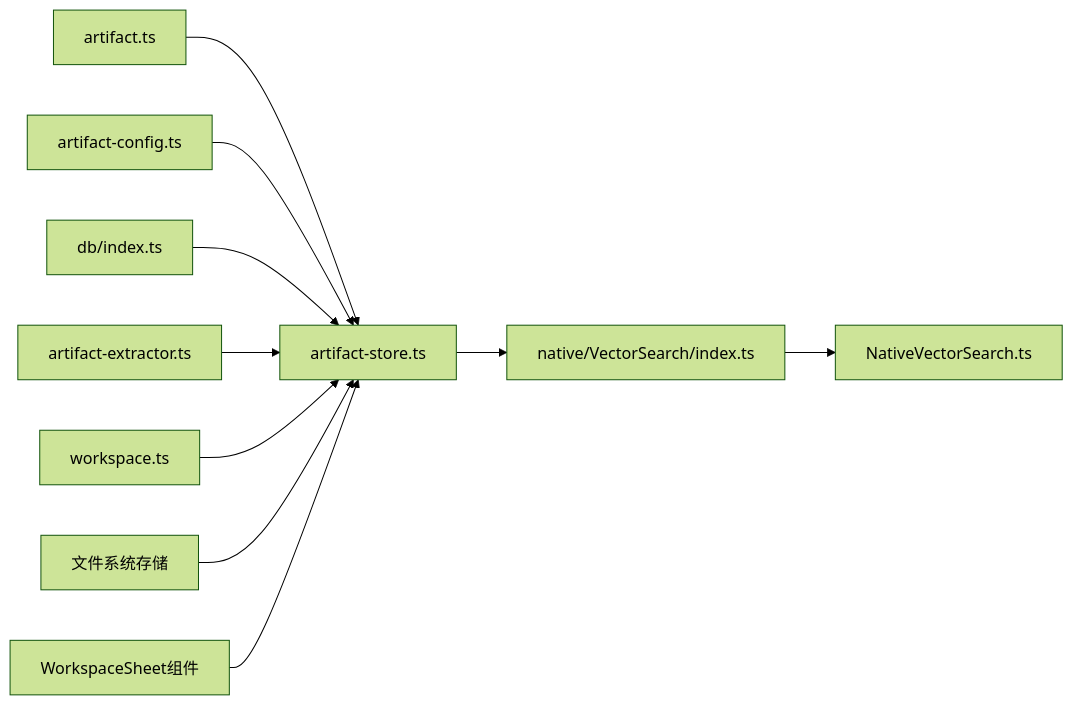
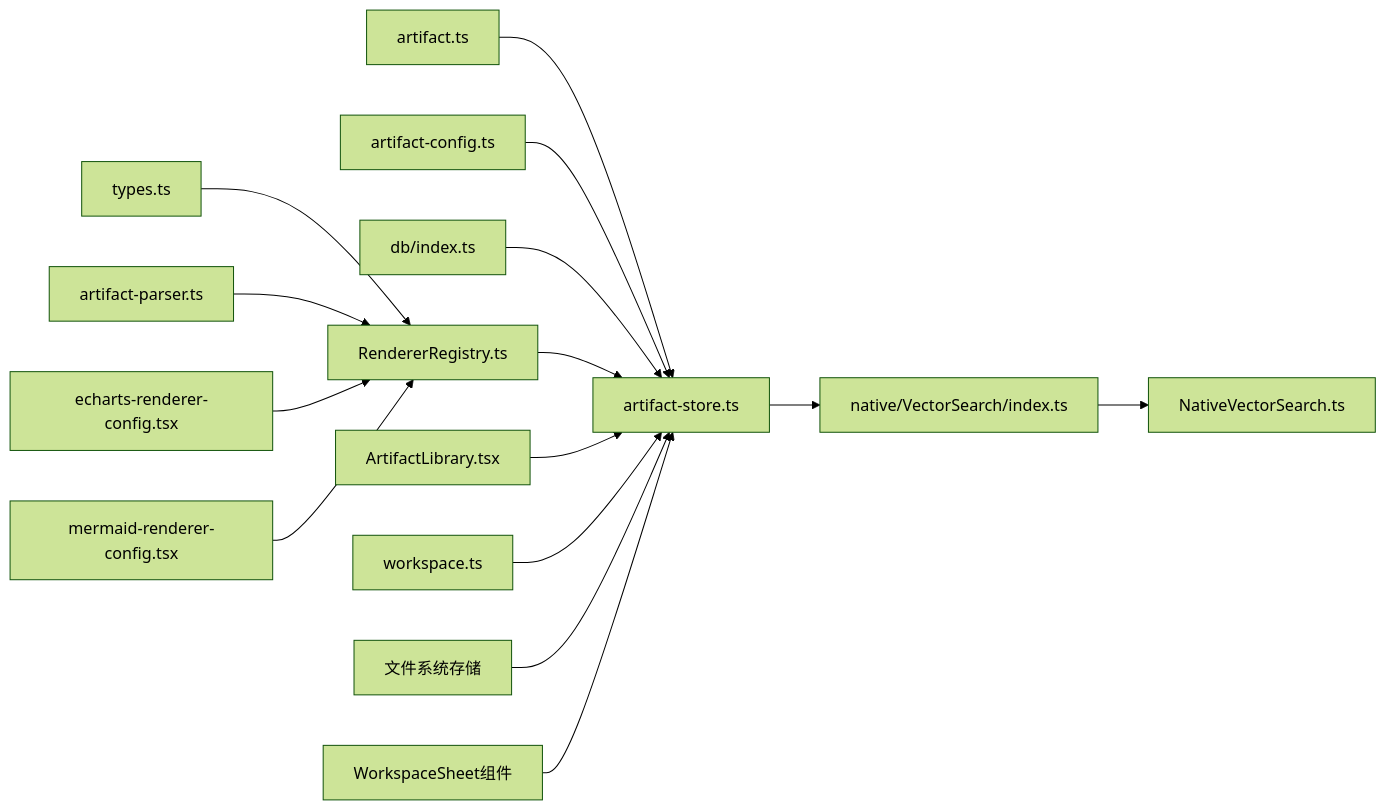
Diagram 12 of 12 in .qoder/repowiki/zh/content/状态管理/工件状态管理.md (NarcisWL/Nexara), drawn with Mermaid (forest theme) before and after one commit. The commit also changed other lines of this file and 4 other files, not shown here.

````diff
--- a/.qoder/repowiki/zh/content/状态管理/工件状态管理.md
+++ b/.qoder/repowiki/zh/content/状态管理/工件状态管理.md
@@ -336,12 +465,17 @@
 ```mermaid
 graph LR
 Types["artifact.ts"] --> Store["artifact-store.ts"]
 Config["artifact-config.ts"] --> Store
 DB["db/index.ts"] --> Store
-Extractor["artifact-extractor.ts"] --> Store
+RendererRegistry["RendererRegistry.ts"] --> Store
+RendererTypes["types.ts"] --> RendererRegistry
+Parser["artifact-parser.ts"] --> RendererRegistry
+EChartsConfig["echarts-renderer-config.tsx"] --> RendererRegistry
+MermaidConfig["mermaid-renderer-config.tsx"] --> RendererRegistry
+Library["ArtifactLibrary.tsx"] --> Store
 Workspace["workspace.ts"] --> Store
 FS["文件系统存储"] --> Store
 UI["WorkspaceSheet组件"] --> Store
 Store --> Vector["native/VectorSearch/index.ts"]
 Vector --> Native["NativeVectorSearch.ts"]
 ```
````
